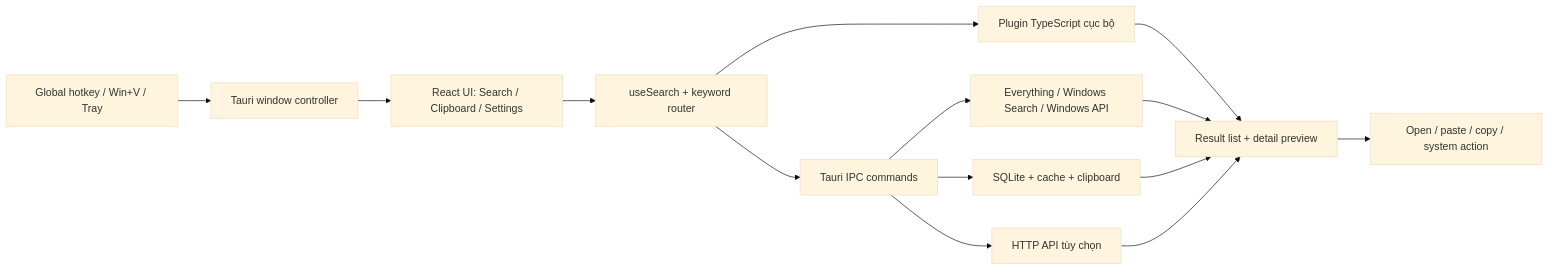
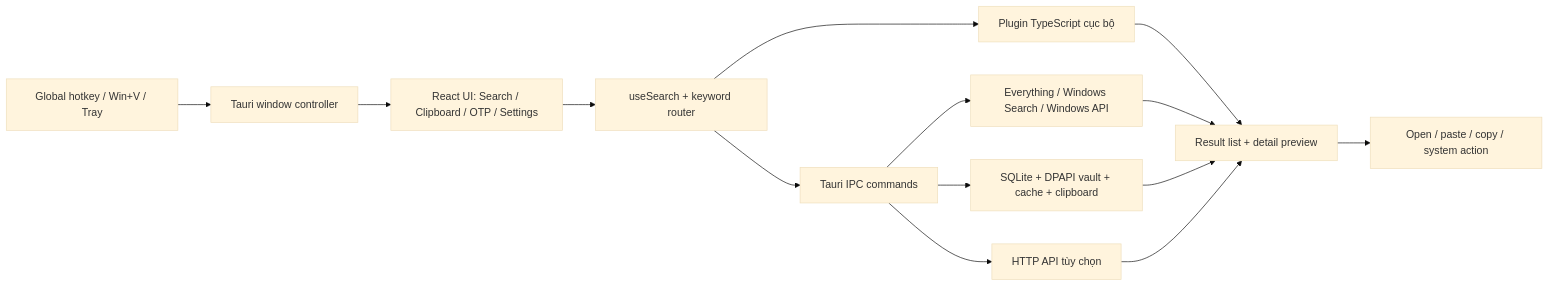
One commit to canar1406/heaspot changed the diagram in README.md. Above: the diagram before and after it, drawn with Mermaid (base theme). The commit also changed other lines of this file and 20 other files, not shown here.

````diff
--- a/README.md
+++ b/README.md
@@ -197,16 +262,16 @@
 ```mermaid
 flowchart LR
     A["Global hotkey / Win+V / Tray"] --> B["Tauri window controller"]
-    B --> C["React UI: Search / Clipboard / Settings"]
+    B --> C["React UI: Search / Clipboard / OTP / Settings"]
     C --> D["useSearch + keyword router"]
     D --> E["Plugin TypeScript cục bộ"]
     D --> F["Tauri IPC commands"]
     F --> G["Everything / Windows Search / Windows API"]
-    F --> H["SQLite + cache + clipboard"]
+    F --> H["SQLite + DPAPI vault + cache + clipboard"]
     F --> I["HTTP API tùy chọn"]
     E --> J["Result list + detail preview"]
     G --> J
     H --> J
     I --> J
     J --> K["Open / paste / copy / system action"]
 ```
````
